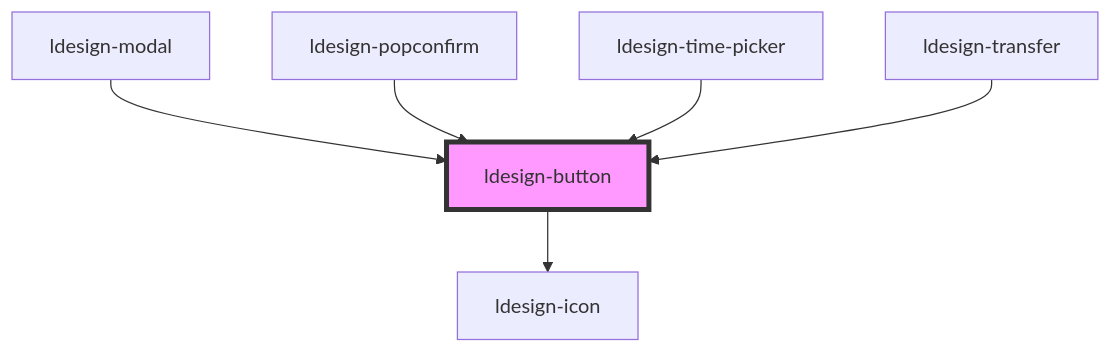
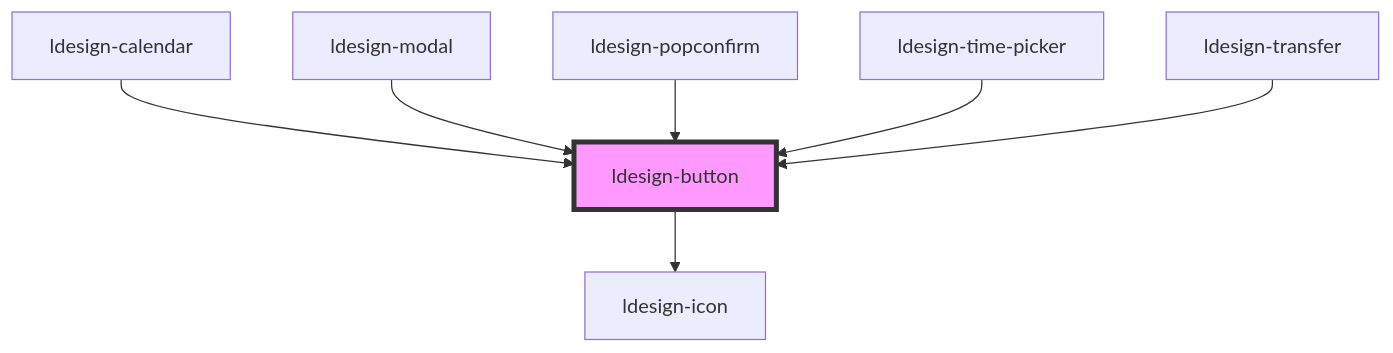
Before and after one commit to poly1603/ldesign: the diagram in packages/webcomponent/src/components/button/readme.md, drawn with Mermaid. The commit also changed other lines of this file and 6 other files, not shown here.

````diff
--- a/packages/webcomponent/src/components/button/readme.md
+++ b/packages/webcomponent/src/components/button/readme.md
@@ -120,9 +121,10 @@
 ```mermaid
 graph TD;
   ldesign-button --> ldesign-icon
+  ldesign-calendar --> ldesign-button
   ldesign-modal --> ldesign-button
   ldesign-popconfirm --> ldesign-button
   ldesign-time-picker --> ldesign-button
   ldesign-transfer --> ldesign-button
   style ldesign-button fill:#f9f,stroke:#333,stroke-width:4px
 ```
````
